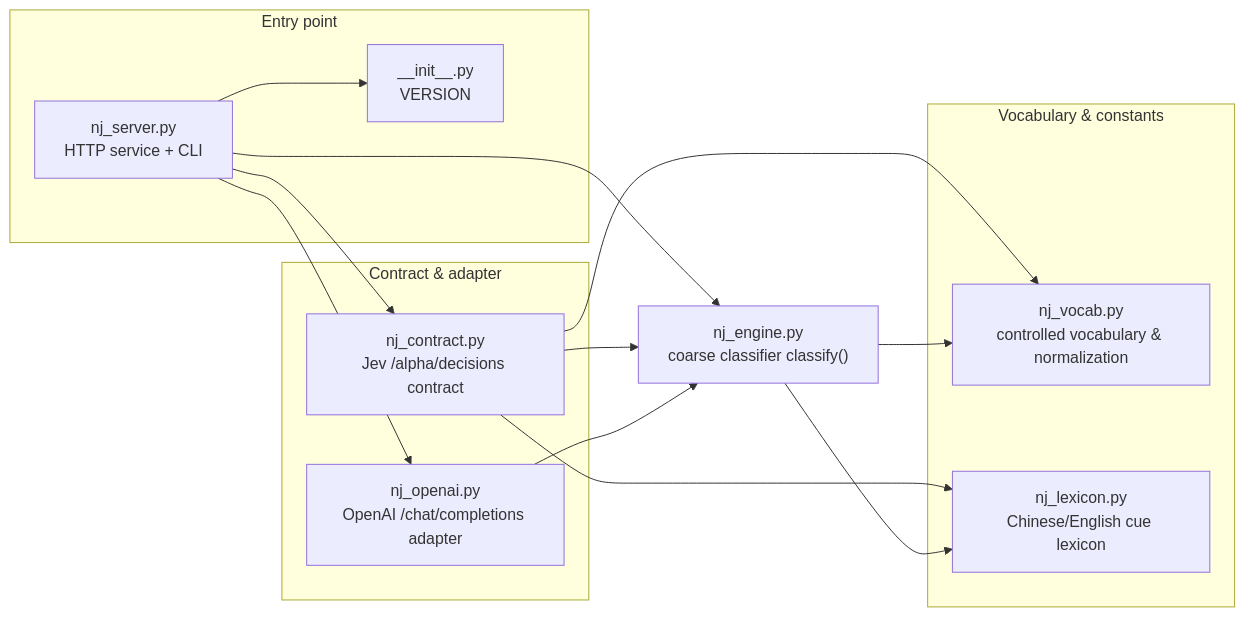
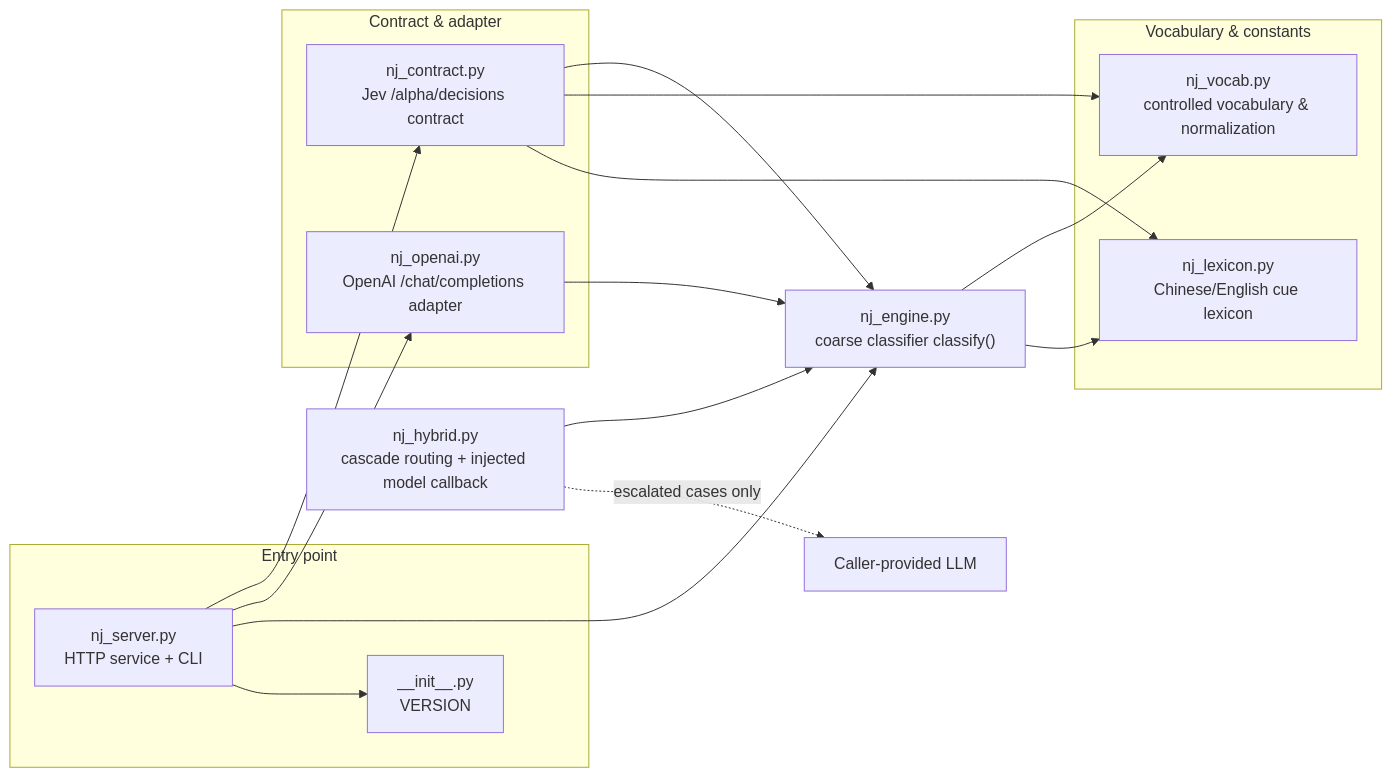
Before and after one commit to JUNNYOfficial/nano_jev: the first of 2 diagrams in README.md, drawn with Mermaid. The commit also changed other lines of this file and 4 other files, not shown here.

````diff
--- a/README.md
+++ b/README.md
@@ -171,30 +238,34 @@
 ```mermaid
 graph LR
     subgraph entry["Entry point"]
         SERVER["nj_server.py<br/>HTTP service + CLI"]
         INIT["__init__.py<br/>VERSION"]
     end
 
     subgraph contract["Contract & adapter"]
         CONTRACT["nj_contract.py<br/>Jev /alpha/decisions contract"]
         OPENAI["nj_openai.py<br/>OpenAI /chat/completions adapter"]
     end
 
     ENGINE["nj_engine.py<br/>coarse classifier classify()"]
+    HYBRID["nj_hybrid.py<br/>cascade routing + injected model callback"]
+    LLM["Caller-provided LLM"]
 
     subgraph vocab["Vocabulary & constants"]
         VOCAB["nj_vocab.py<br/>controlled vocabulary & normalization"]
         LEXICON["nj_lexicon.py<br/>Chinese/English cue lexicon"]
     end
 
     SERVER --> CONTRACT
     SERVER --> OPENAI
     SERVER --> ENGINE
     SERVER --> INIT
     CONTRACT --> ENGINE
     CONTRACT --> VOCAB
     CONTRACT --> LEXICON
     OPENAI --> ENGINE
+    HYBRID --> ENGINE
+    HYBRID -. "escalated cases only" .-> LLM
     ENGINE --> VOCAB
     ENGINE --> LEXICON
 ```
````
